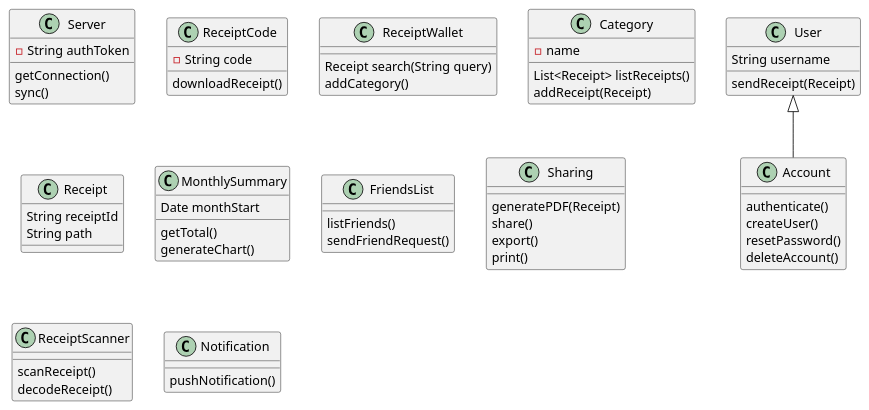
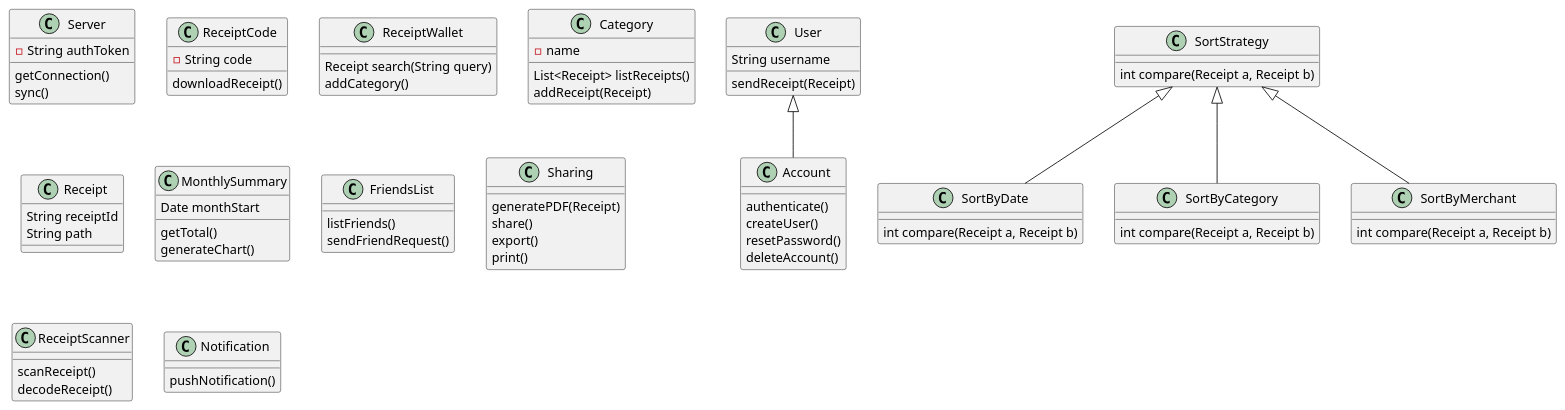
The diagram in mobile_class.puml (ReciboTeam/zorgate), drawn with PlantUML before and after one commit.

Commit message:
Added sorting

```diff
--- a/mobile_class.puml
+++ b/mobile_class.puml
@@ -1,72 +1,91 @@
 @startuml
 
 class Server {
     -String authToken
     getConnection()
     sync()
 }
 
 class Account {
     authenticate()
     createUser()
     resetPassword()
     deleteAccount()
 }
 User <|== Account
 
 class User {
     String username
     sendReceipt(Receipt)
 }
 
 
 class ReceiptCode {
     -String code
     downloadReceipt()
 }
 
 class ReceiptWallet {
     Receipt search(String query)
     addCategory()
 }
 
 class Category {
     -name
     List<Receipt> listReceipts()
     addReceipt(Receipt)
 }
 
 class Receipt {
     String receiptId
     String path
 }
 
 class MonthlySummary {
     Date monthStart
     getTotal()
     generateChart()
 }
 
 class FriendsList {
     listFriends()
     sendFriendRequest()
 }
 
 class Sharing {
     generatePDF(Receipt)
     share()
     export()
     print()
 }
 
 class ReceiptScanner {
     scanReceipt()
     decodeReceipt()
 }
 
 class Notification {
     pushNotification()
-
 }
 
+class SortStrategy {
+int compare(Receipt a, Receipt b)
+}
+
+class SortByDate {
+int compare(Receipt a, Receipt b)
+}
+SortStrategy <|== SortByDate
+
+class SortByCategory {
+int compare(Receipt a, Receipt b)
+}
+SortStrategy <|== SortByCategory
+
+class SortByMerchant {
+int compare(Receipt a, Receipt b)
+}
+SortStrategy <|== SortByMerchant
+
+
 @enduml
```
